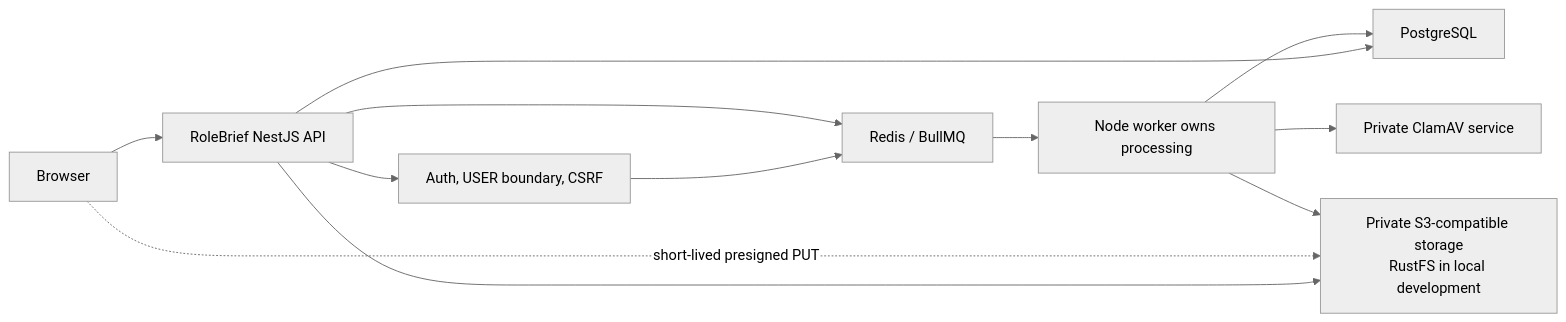
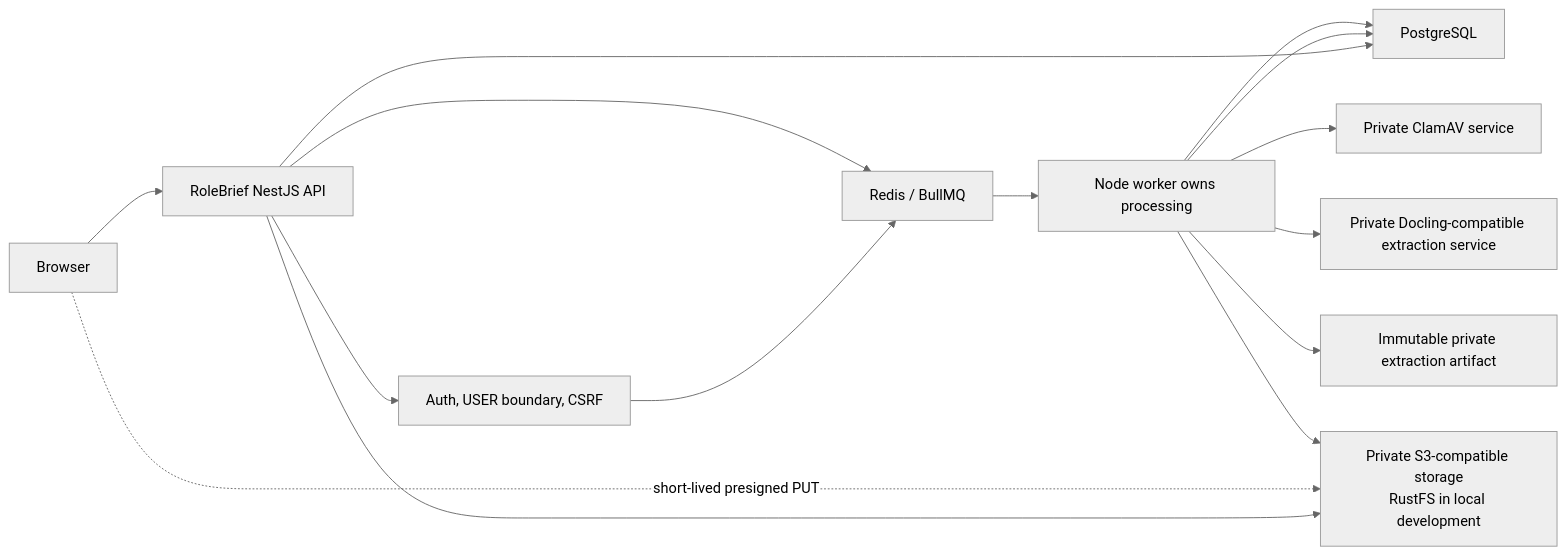
One commit to YounasKhan2/rolebrief changed the fifth of 6 diagrams in README.md. Above: the diagram before and after it, drawn with Mermaid (neutral theme). The commit also changed other lines of this file and 25 other files, not shown here.

Commit message:
feat(resumes): add private Docling extraction and deterministic mapping

````diff
--- a/README.md
+++ b/README.md
@@ -266,23 +266,28 @@
 ```mermaid
 flowchart LR
   Browser["Browser"]
   API["RoleBrief NestJS API"]
   Auth["Auth, USER boundary, CSRF"]
   Storage["Private S3-compatible storage<br/>RustFS in local development"]
   Redis["Redis / BullMQ"]
   Worker["Node worker owns processing"]
   ClamAV["Private ClamAV service"]
+  Docling["Private Docling-compatible extraction service"]
+  Artifact["Immutable private extraction artifact"]
   DB["PostgreSQL"]
 
   Browser --> API
   API --> Auth
   Auth --> Redis
   API --> DB
   API --> Storage
   Browser -. short-lived presigned PUT .-> Storage
   API --> Redis
   Redis --> Worker
   Worker --> DB
   Worker --> Storage
   Worker --> ClamAV
+  Worker --> Docling
+  Worker --> Artifact
+  Worker --> DB
 ```
````
